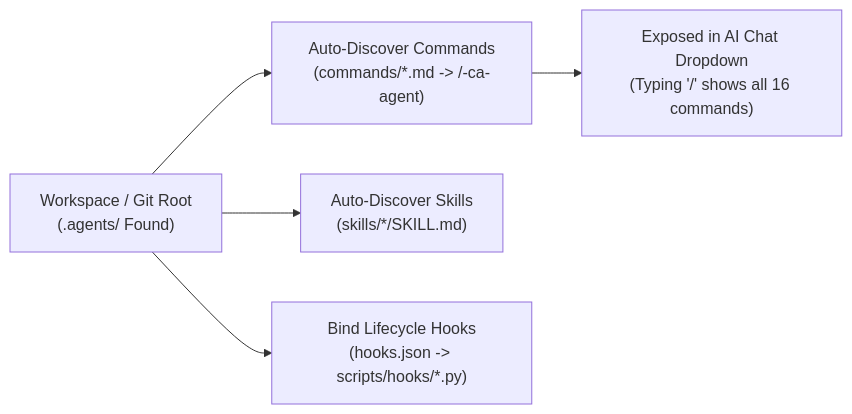
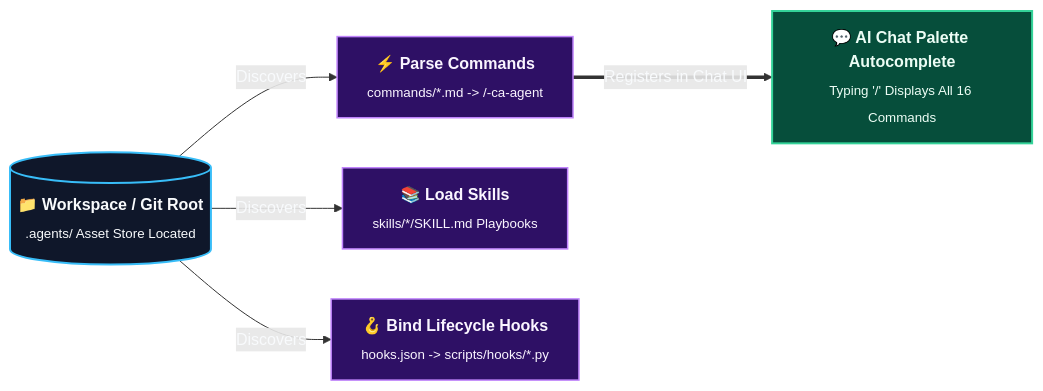
One commit to rmsofficialsyt/Agentic-AI-Vibe-Coding-AND-SDD-TDD-Codebase-Chandan-Adhikary changed the second of 2 diagrams in Vibe-Coding-Chandan-Adhikary/Vibe-Coding/.agents/README.md. Above: the diagram before and after it, drawn with Mermaid. The commit also changed other lines of this file and 23 other files, not shown here.

Commit message:
docs: redesign diagrams to Eraser.io visual style and regenerate MANIFEST.json

````diff
--- a/Vibe-Coding-Chandan-Adhikary/Vibe-Coding/.agents/README.md
+++ b/Vibe-Coding-Chandan-Adhikary/Vibe-Coding/.agents/README.md
@@ -55,8 +58,12 @@
 ```mermaid
 flowchart LR
-    WorkspaceRoot["Workspace / Git Root<br/>(.agents/ Found)"] --> DiscoverCommands["Auto-Discover Commands<br/>(commands/*.md -> /<name>-ca-agent)"]
-    WorkspaceRoot --> DiscoverSkills["Auto-Discover Skills<br/>(skills/*/SKILL.md)"]
-    WorkspaceRoot --> DiscoverHooks["Bind Lifecycle Hooks<br/>(hooks.json -> scripts/hooks/*.py)"]
+    classDef root fill:#0f172a,stroke:#38bdf8,stroke-width:2px,color:#f8fafc;
+    classDef disc fill:#2e1065,stroke:#c084fc,stroke-width:1.5px,color:#faf5ff;
+    classDef ui fill:#064e3b,stroke:#34d399,stroke-width:2px,color:#ecfdf5;
 
-    DiscoverCommands --> IDEPalette["Exposed in AI Chat Dropdown<br/>(Typing '/' shows all 16 commands)"]
+    WorkspaceRoot[("<b>📁 Workspace / Git Root</b><br/><sub>.agents/ Asset Store Located</sub>")]:::root -->|"Discovers"| DiscoverCommands["<b>⚡ Parse Commands</b><br/><sub>commands/*.md -> /<name>-ca-agent</sub>"]:::disc
+    WorkspaceRoot -->|"Discovers"| DiscoverSkills["<b>📚 Load Skills</b><br/><sub>skills/*/SKILL.md Playbooks</sub>"]:::disc
+    WorkspaceRoot -->|"Discovers"| DiscoverHooks["<b>🪝 Bind Lifecycle Hooks</b><br/><sub>hooks.json -> scripts/hooks/*.py</sub>"]:::disc
+
+    DiscoverCommands ==>|"Registers in Chat UI"| IDEPalette["<b>💬 AI Chat Palette Autocomplete</b><br/><sub>Typing '/' Displays All 16 Commands</sub>"]:::ui
 ```
````
